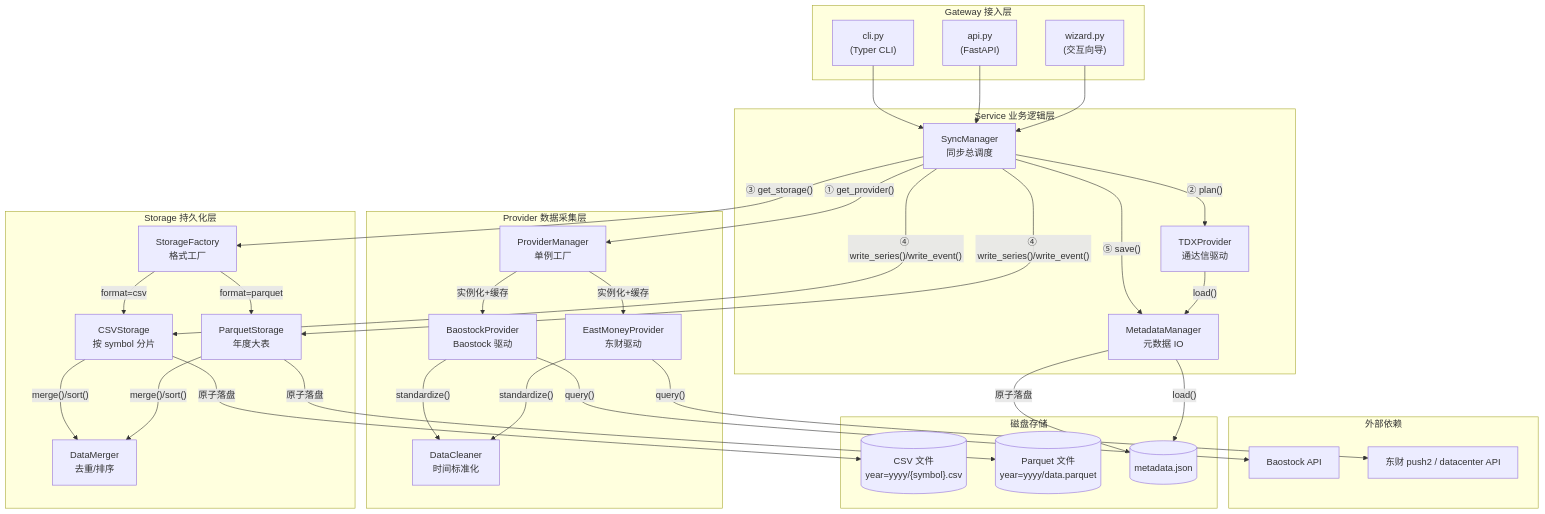
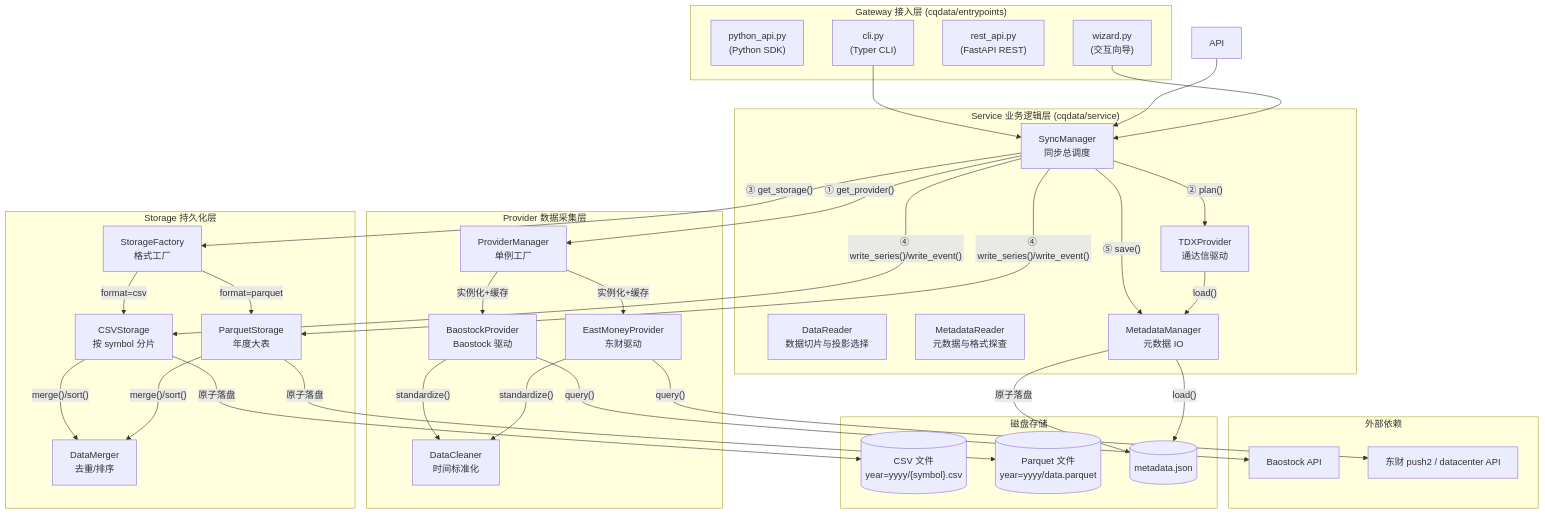
The diagram in AGENTS.md (CRThu/CarrotQuant.Data), drawn with Mermaid before and after one commit. The commit also changed other lines of this file and 62 other files, not shown here.

Commit message:
feat: implement core cqdata services, API gateway, storage abstractions, and comprehensive test suite

````diff
--- a/AGENTS.md
+++ b/AGENTS.md
@@ -73,71 +78,74 @@
 ```mermaid
 graph TB
-    subgraph Gateway["Gateway 接入层"]
+    subgraph Gateway["Gateway 接入层 (cqdata/entrypoints)"]
+        PYTHON_API["python_api.py<br/>(Python SDK)"]
         CLI["cli.py<br/>(Typer CLI)"]
-        API["api.py<br/>(FastAPI)"]
+        REST["rest_api.py<br/>(FastAPI REST)"]
         WIZARD["wizard.py<br/>(交互向导)"]
     end
 
-    subgraph Service["Service 业务逻辑层"]
+    subgraph Service["Service 业务逻辑层 (cqdata/service)"]
         SM["SyncManager<br/>同步总调度"]
+        DR["DataReader<br/>数据切片与投影选择"]
+        MR["MetadataReader<br/>元数据与格式探查"]
         TP["TaskPlanner<br/>任务规划器"]
         MM["MetadataManager<br/>元数据 IO"]
     end
 
     subgraph Provider["Provider 数据采集层"]
         PM["ProviderManager<br/>单例工厂"]
         BP["BaostockProvider<br/>Baostock 驱动"]
         EP["EastMoneyProvider<br/>东财驱动"]
         TP["TDXProvider<br/>通达信驱动"]
         DC["DataCleaner<br/>时间标准化"]
     end
 
     subgraph Storage["Storage 持久化层"]
         SF["StorageFactory<br/>格式工厂"]
         CSV["CSVStorage<br/>按 symbol 分片"]
         PQ["ParquetStorage<br/>年度大表"]
         DM["DataMerger<br/>去重/排序"]
     end
 
     subgraph External["外部依赖"]
         BAOSTOCK["Baostock API"]
         EASTMONEY["东财 push2 / datacenter API"]
     end
 
     subgraph Disk["磁盘存储"]
         CSV_FILES[("CSV 文件<br/>year=yyyy/{symbol}.csv")]
         PQ_FILES[("Parquet 文件<br/>year=yyyy/data.parquet")]
         META[("metadata.json")]
     end
 
     CLI --> SM
     API --> SM
     WIZARD --> SM
 
     SM -->|"① get_provider()"| PM
     SM -->|"② plan()"| TP
     SM -->|"③ get_storage()"| SF
     SM -->|"④ write_series()/write_event()"| CSV
     SM -->|"④ write_series()/write_event()"| PQ
     SM -->|"⑤ save()"| MM
 
     TP -->|"load()"| MM
 
     PM -->|"实例化+缓存"| BP
     PM -->|"实例化+缓存"| EP
     BP -->|"standardize()"| DC
     BP -->|"query()"| BAOSTOCK
     EP -->|"standardize()"| DC
     EP -->|"query()"| EASTMONEY
 
     SF -->|"format=csv"| CSV
     SF -->|"format=parquet"| PQ
 
     CSV -->|"merge()/sort()"| DM
     PQ -->|"merge()/sort()"| DM
 
     CSV -->|"原子落盘"| CSV_FILES
     PQ -->|"原子落盘"| PQ_FILES
     MM -->|"原子落盘"| META
     MM -->|"load()"| META
 ```
````
